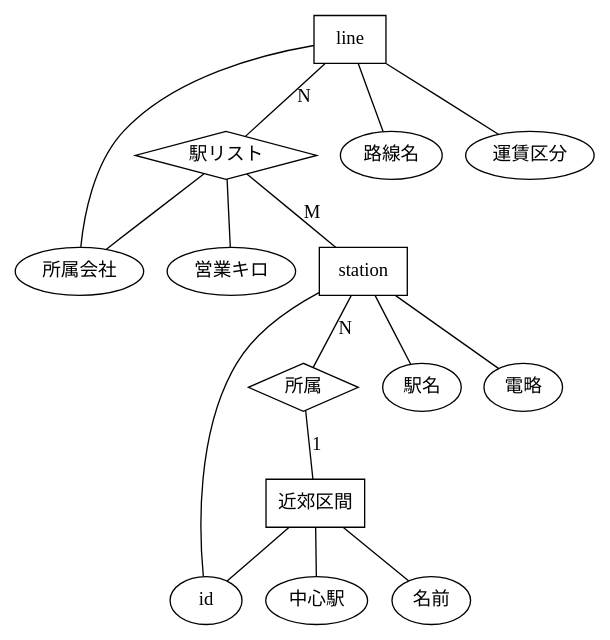
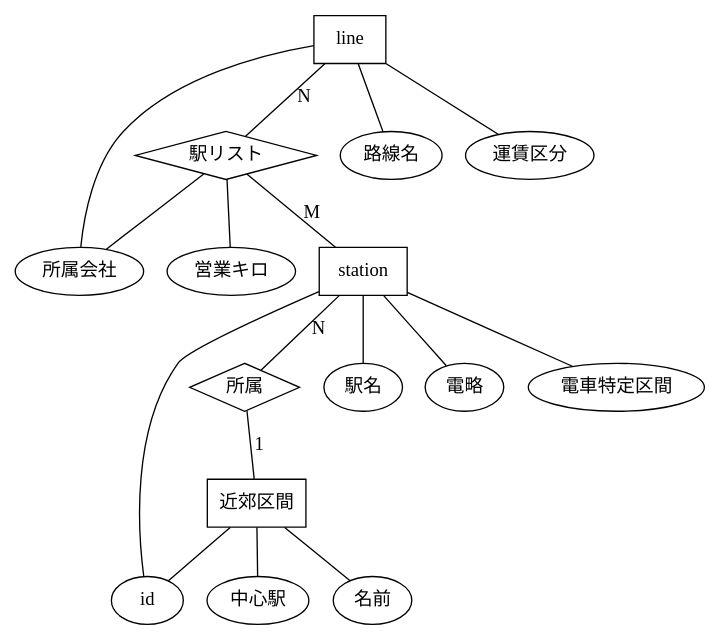
Before and after one commit to xkikeg/ares: the diagram in doc/database.dot, drawn with Graphviz.

Commit message:
Change database schema

```diff
--- a/doc/database.dot
+++ b/doc/database.dot
@@ -1,21 +1,22 @@
 graph train{
 	node[shape=box]; station; line; 近郊区間;
 	node[shape=diamond]; 駅リスト; 所属;
 	node[shape=ellipse];
 	station -- id;
 	station -- 駅名;
 	station -- 電略;
+	station -- 電車特定区間;
 	station -- 所属[label="N"];
 	所属 -- 近郊区間[label="1"];
 	line -- 路線名;
 	line -- 駅リスト[label="N"];
 	line -- 運賃区分;
 	line -- 所属会社;
 	駅リスト -- station[label="M"];
 	駅リスト -- 営業キロ;
 	駅リスト -- 所属会社;
 	近郊区間名前[label="名前"];
 	近郊区間 -- id;
 	近郊区間 -- 近郊区間名前;
 	近郊区間 -- 中心駅;
 }
```
